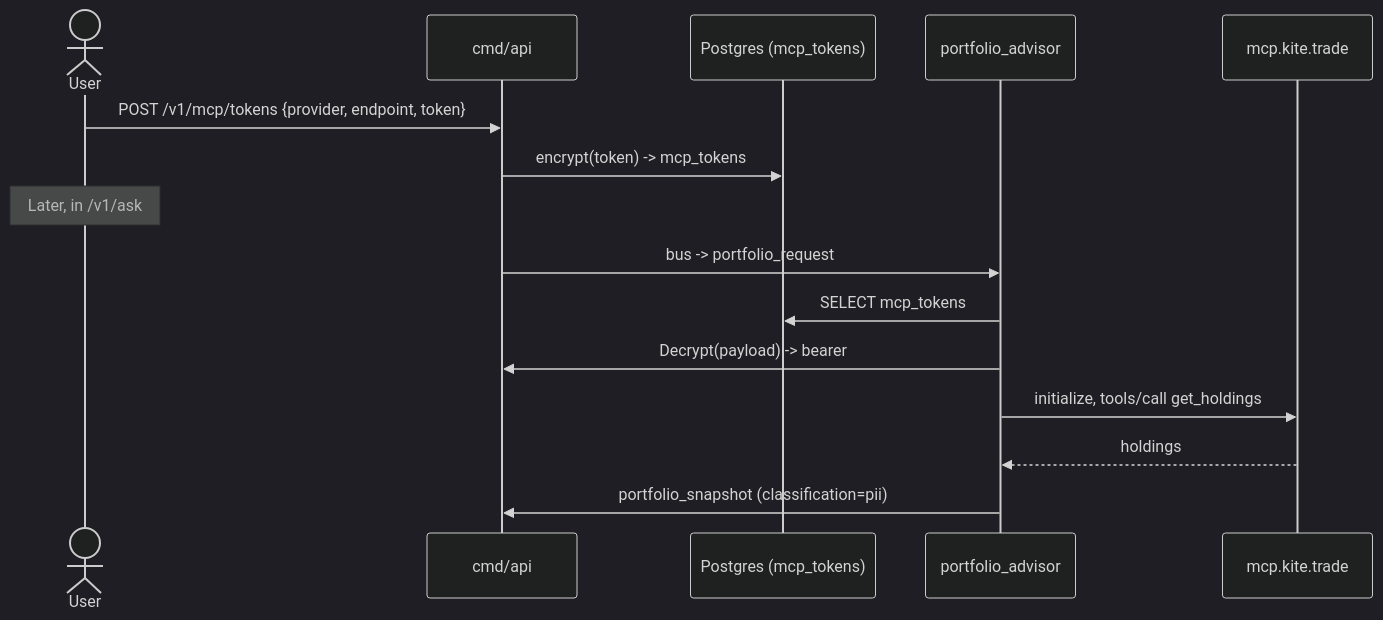
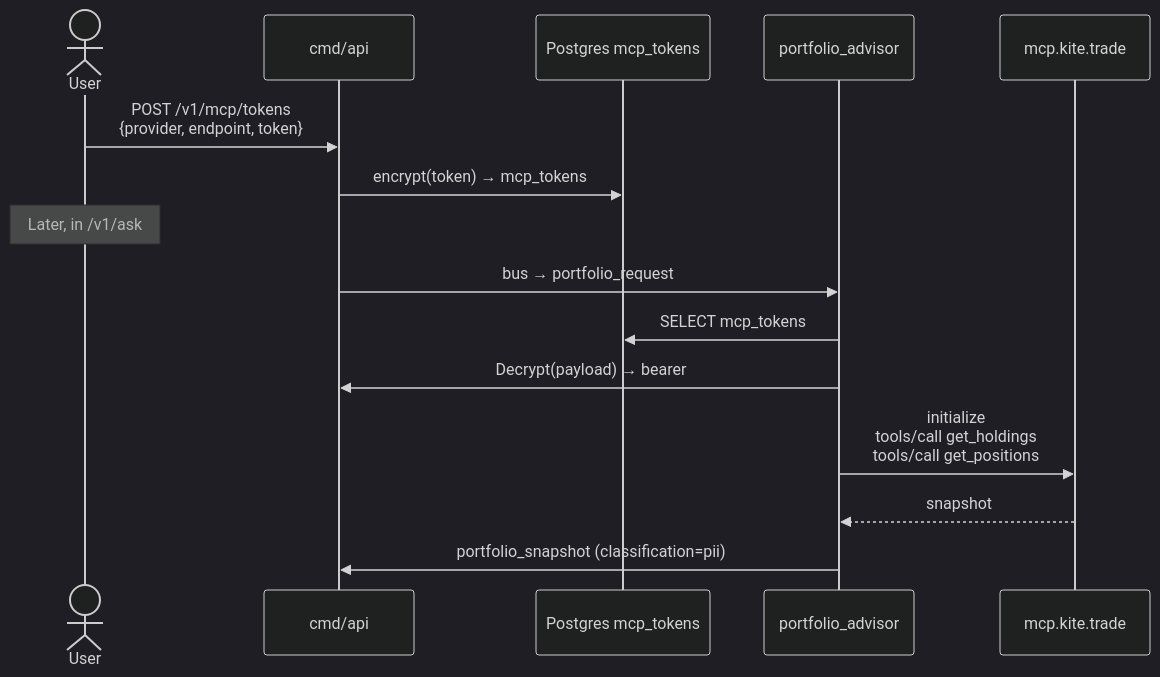
Before and after one commit to c2siorg/genie: diagram 14 of 21 in README.md, drawn with Mermaid (dark theme). The commit also changed other lines of this file and 21 other files, not shown here.

First line of the commit message:
Real LLM providers, vision OCR, pgvector, GraphRAG, OAuth flows, federated learning + detailed README

````diff
--- a/README.md
+++ b/README.md
@@ -684,18 +1007,18 @@
 ```mermaid
 sequenceDiagram
     actor U as User
     participant API as cmd/api
-    participant DB as Postgres (mcp_tokens)
+    participant DB as Postgres mcp_tokens
     participant ADV as portfolio_advisor
     participant KITE as mcp.kite.trade
 
-    U->>API: POST /v1/mcp/tokens {provider, endpoint, token}
-    API->>DB: encrypt(token) -> mcp_tokens
+    U->>API: POST /v1/mcp/tokens<br/>{provider, endpoint, token}
+    API->>DB: encrypt(token) → mcp_tokens
     Note over U: Later, in /v1/ask
-    API->>ADV: bus -> portfolio_request
+    API->>ADV: bus → portfolio_request
     ADV->>DB: SELECT mcp_tokens
-    ADV->>API: Decrypt(payload) -> bearer
-    ADV->>KITE: initialize, tools/call get_holdings
-    KITE-->>ADV: holdings
+    ADV->>API: Decrypt(payload) → bearer
+    ADV->>KITE: initialize<br/>tools/call get_holdings<br/>tools/call get_positions
+    KITE-->>ADV: snapshot
     ADV->>API: portfolio_snapshot (classification=pii)
 ```
````
